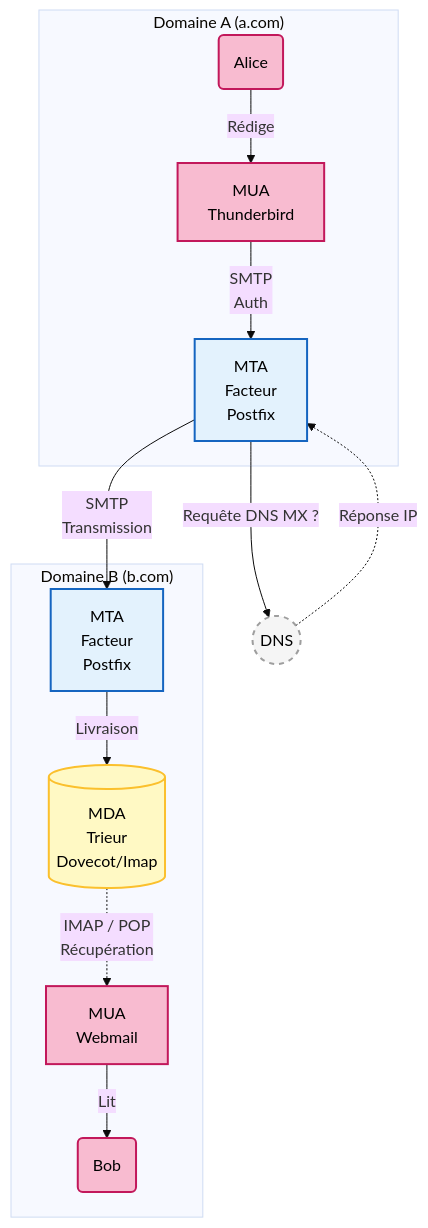
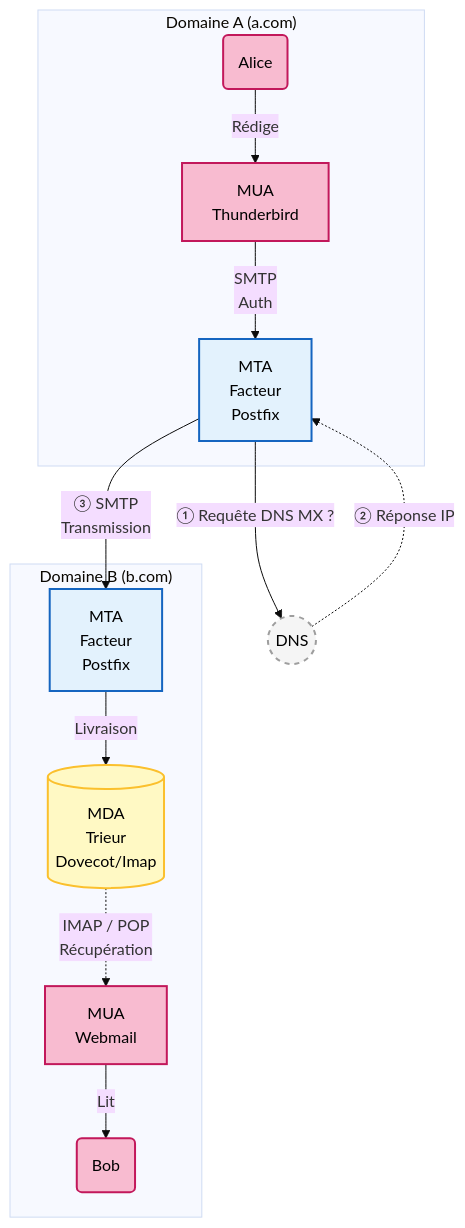
One commit to Yanal-Yves/blog changed the third of 3 diagrams in content/antispoofing-e-mail/01-architecture-concepts.md. Above: the diagram before and after it, drawn with Mermaid (base theme).

Commit message:
Diagramme du voyage : numéroter l'ordre des échanges (①②③)
Ordonne les libellés des arêtes pour montrer l'enchaînement :
① Requête DNS MX ? → ② Réponse IP → ③ SMTP Transmission.
Numéros entourés (et non « 1. ») pour éviter l'interprétation
liste ordonnée du parseur Markdown de Mermaid.

````diff
--- a/content/antispoofing-e-mail/01-architecture-concepts.md
+++ b/content/antispoofing-e-mail/01-architecture-concepts.md
@@ -155,25 +155,25 @@
 ```mermaid
 graph TD
   %% --- Définition des Styles ---
   classDef client fill:#f8bbd0,stroke:#c2185b,stroke-width:2px,color:#000;
   classDef server fill:#e3f2fd,stroke:#1565c0,stroke-width:2px,color:#000;
   classDef storage fill:#fff9c4,stroke:#fbc02d,stroke-width:2px,color:#000;
   classDef internet fill:#f5f5f5,stroke:#9e9e9e,stroke-width:2px,stroke-dasharray: 5 5,color:#000;
   %% --- Domaine A (Expéditeur) ---
   subgraph "Domaine A (a.com)"
       Alice(Alice):::client -->|Rédige| MUA_A[MUA<br/>Thunderbird]:::client
       MUA_A -->|SMTP<br/>Auth| MTA_A[MTA<br/>Facteur<br/>Postfix]:::server
   end
   %% --- DNS (dans Internet, requête annexe) ---
   DNS((DNS)):::internet
   %% --- Domaine B (Destinataire) ---
   subgraph "Domaine B (b.com)"
       MTA_B[MTA<br/>Facteur<br/>Postfix]:::server -->|Livraison| MDA_B[("MDA<br/>Trieur<br/>Dovecot/Imap")]:::storage
       MDA_B -.->|IMAP / POP<br/>Récupération| MUA_B[MUA<br/>Webmail]:::client
       MUA_B -->|Lit| Bob(Bob):::client
   end
   %% --- Liens inter-domaines (transitant par Internet) ---
-  MTA_A -->|Requête DNS MX ?| DNS
-  DNS -.->|Réponse IP| MTA_A
-  MTA_A -->|SMTP<br/>Transmission| MTA_B
+  MTA_A -->|① Requête DNS MX ?| DNS
+  DNS -.->|② Réponse IP| MTA_A
+  MTA_A -->|③ SMTP<br/>Transmission| MTA_B
 ```
````
